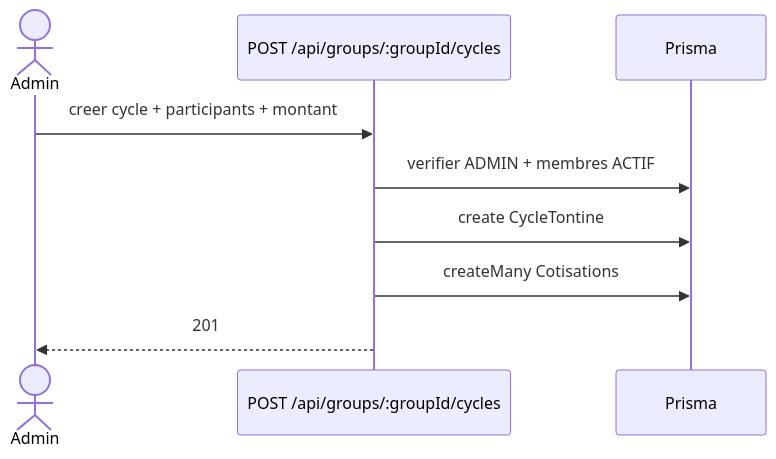
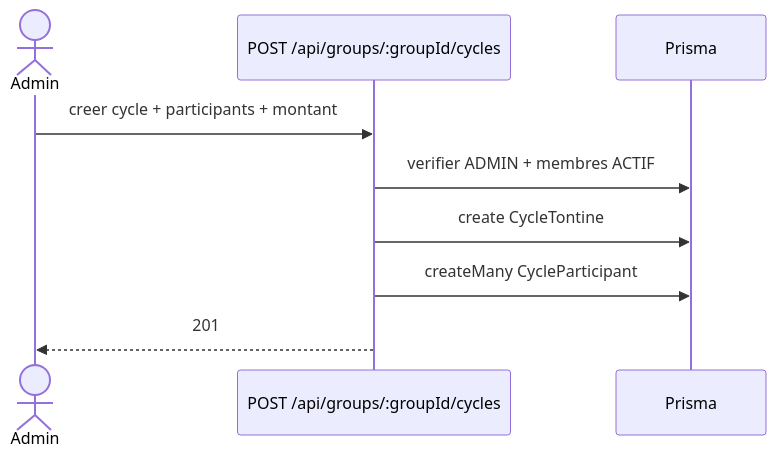
The diagram in Docs/2026-05-25_api-groups_cycles.md (fayellebrecxy/e-tontine), drawn with Mermaid before and after one commit. The commit also changed other lines of this file and 16 other files, not shown here.

Commit message:
creation cycle de tontine et enregistrement des cotisations des membres

````diff
--- a/Docs/2026-05-25_api-groups_cycles.md
+++ b/Docs/2026-05-25_api-groups_cycles.md
@@ -38,12 +88,12 @@
 ```mermaid
 sequenceDiagram
   actor Admin
   participant API as POST /api/groups/:groupId/cycles
   participant DB as Prisma
 
   Admin->>API: creer cycle + participants + montant
   API->>DB: verifier ADMIN + membres ACTIF
   API->>DB: create CycleTontine
-  API->>DB: createMany Cotisations
+  API->>DB: createMany CycleParticipant
   API-->>Admin: 201
 ```
````
